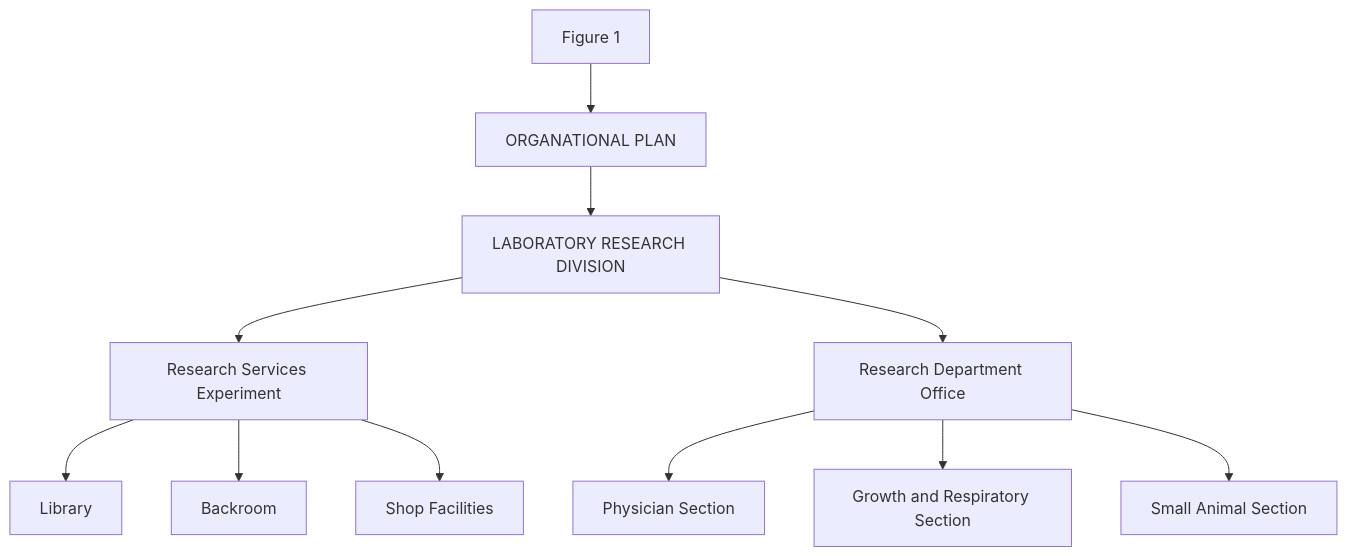
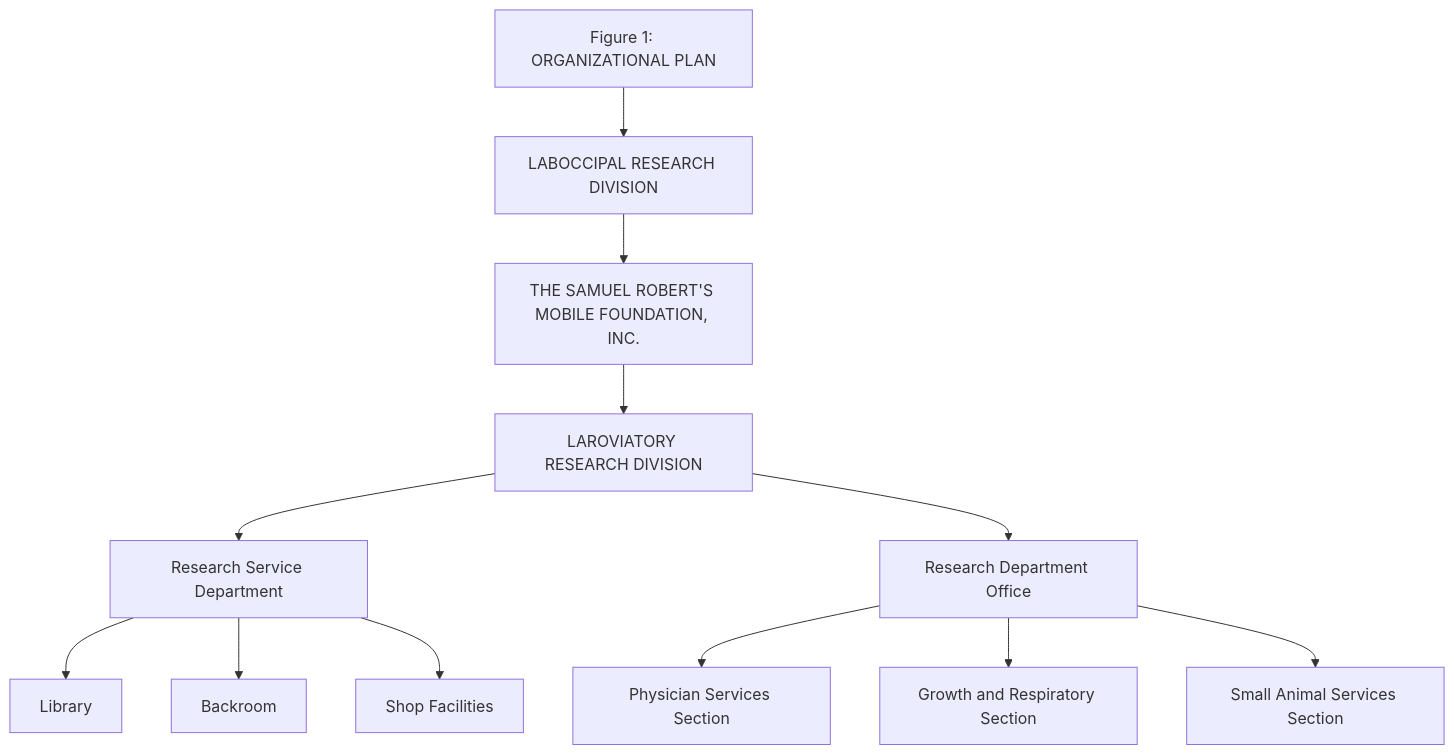
One commit to Jaywalk18/visual-ssl-digest changed the fourth of 4 diagrams in assets/mineru/2606.14782/full.md. Above: the diagram before and after it, drawn with Mermaid. The commit also changed other lines of this file and 15 other files, not shown here.

````diff
--- a/assets/mineru/2606.14782/full.md
+++ b/assets/mineru/2606.14782/full.md
@@ -879,13 +871,14 @@
 ```mermaid
 graph TD
-  A["Figure 1"] --> B["ORGANATIONAL PLAN"]
-  B --> C["LABORATORY RESEARCH DIVISION"]
-  C --> D["Research Services Experiment"]
-  C --> E["Research Department Office"]
-  D --> F["Library"]
-  D --> G["Backroom"]
-  D --> H["Shop Facilities"]
-  E --> I["Physician Section"]
-  E --> J["Growth and Respiratory Section"]
-  E --> K["Small Animal Section"]
+  A["Figure 1: ORGANIZATIONAL PLAN"] --> B["LABOCCIPAL RESEARCH DIVISION"]
+  B --> C["THE SAMUEL ROBERT'S MOBILE FOUNDATION, INC."]
+  C --> D["LAROVIATORY RESEARCH DIVISION"]
+  D --> E["Research Service Department"]
+  D --> F["Research Department Office"]
+  E --> G["Library"]
+  E --> H["Backroom"]
+  E --> I["Shop Facilities"]
+  F --> J["Physician Services Section"]
+  F --> K["Growth and Respiratory Section"]
+  F --> L["Small Animal Services Section"]
 ```
````
